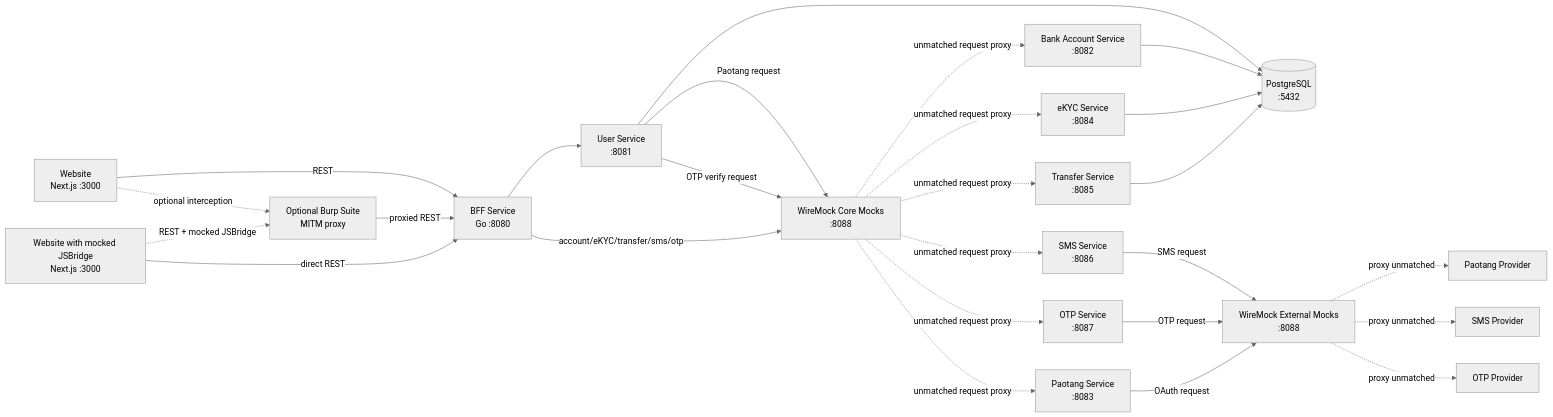
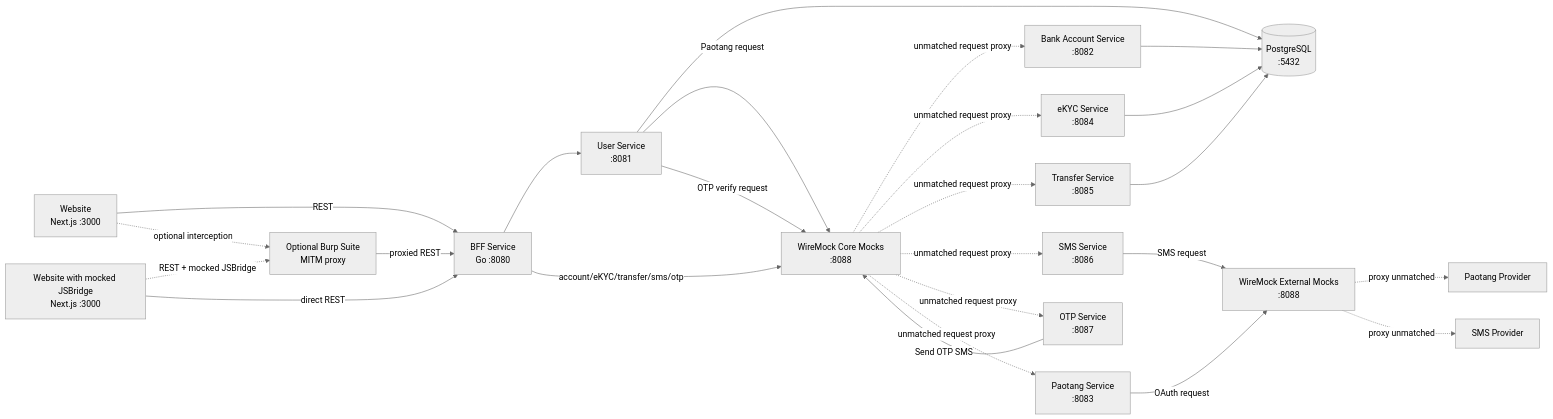
Before and after one commit to SiwakornSitti/ultra-smoooooth-testing: the second of 3 diagrams in SYSTEM-ARCHITECTURE.md, drawn with Mermaid (neutral theme). The commit also changed other lines of this file and 2 other files, not shown here.

Commit message:
feat: implement internal OTP logic in otp-service with SMS service delivery integration

````diff
--- a/SYSTEM-ARCHITECTURE.md
+++ b/SYSTEM-ARCHITECTURE.md
@@ -62,51 +61,49 @@
 ```mermaid
 flowchart LR
     Browser[Website\nNext.js :3000]
     BridgeWebsite[Website with mocked JSBridge\nNext.js :3000]
     Burp[Optional Burp Suite\nMITM proxy]
     BFF[BFF Service\nGo :8080]
 
     User[User Service\n:8081]
     Account[Bank Account Service\n:8082]
     EKYC[eKYC Service\n:8084]
     Transfer[Transfer Service\n:8085]
     SMS[SMS Service\n:8086]
     OTP[OTP Service\n:8087]
     PaotangSvc[Paotang Service\n:8083]
 
     DB[(PostgreSQL\n:5432)]
     MockCore[WireMock Core Mocks\n:8088]
     MockExternal[WireMock External Mocks\n:8088]
     PaotangProvider[Paotang Provider]
-    OTPProvider[OTP Provider]
     SMSProvider[SMS Provider]
 
     Browser -->|REST| BFF
     BridgeWebsite -.->|REST + mocked JSBridge| Burp
     BridgeWebsite -->|direct REST| BFF
     Burp -->|proxied REST| BFF
     Browser -.->|optional interception| Burp
 
     BFF --> User
     BFF -->|account/eKYC/transfer/sms/otp| MockCore
 
     MockCore -.->|unmatched request proxy| Account
     MockCore -.->|unmatched request proxy| EKYC
     MockCore -.->|unmatched request proxy| Transfer
     MockCore -.->|unmatched request proxy| SMS
     MockCore -.->|unmatched request proxy| OTP
     MockCore -.->|unmatched request proxy| PaotangSvc
 
     User --> DB
     Account --> DB
     EKYC --> DB
     Transfer --> DB
     User -->|Paotang request| MockCore
     User -->|OTP verify request| MockCore
+    OTP -->|Send OTP SMS| MockCore
     PaotangSvc -->|OAuth request| MockExternal
     SMS -->|SMS request| MockExternal
-    OTP -->|OTP request| MockExternal
     MockExternal -.->|proxy unmatched| PaotangProvider
     MockExternal -.->|proxy unmatched| SMSProvider
-    MockExternal -.->|proxy unmatched| OTPProvider
 ```
````
